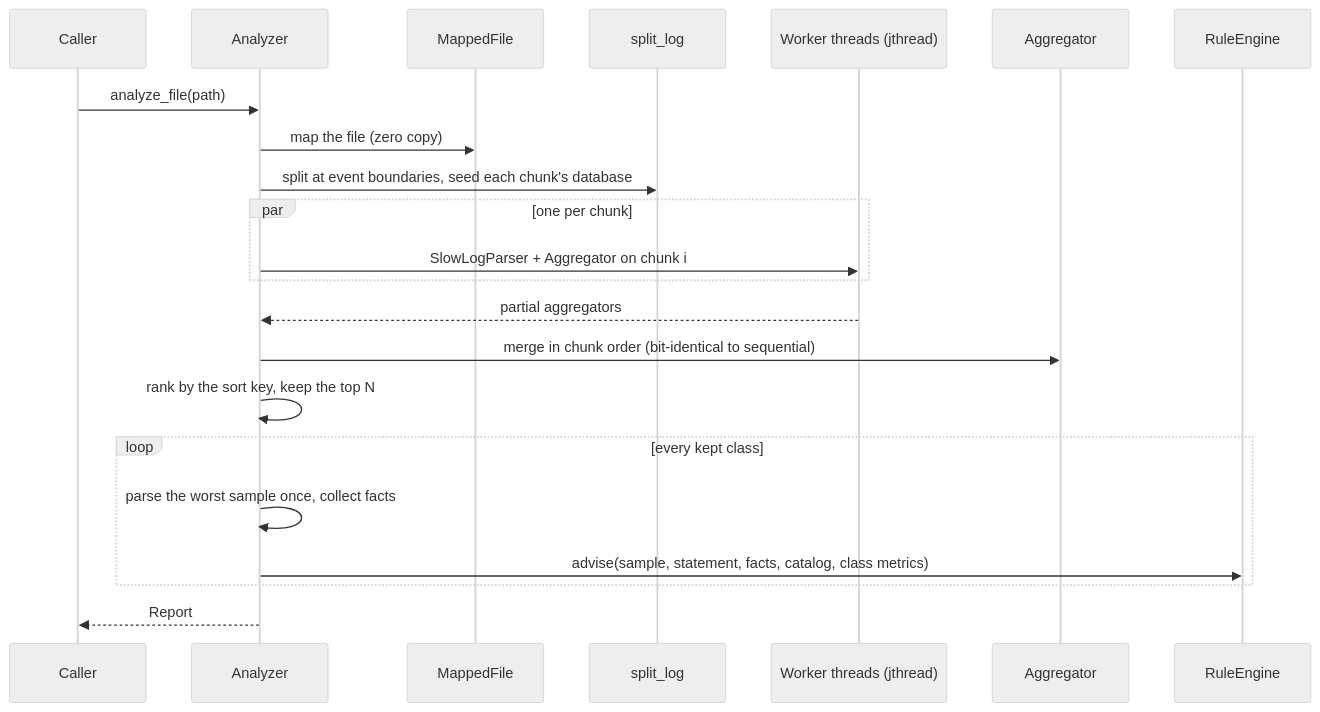
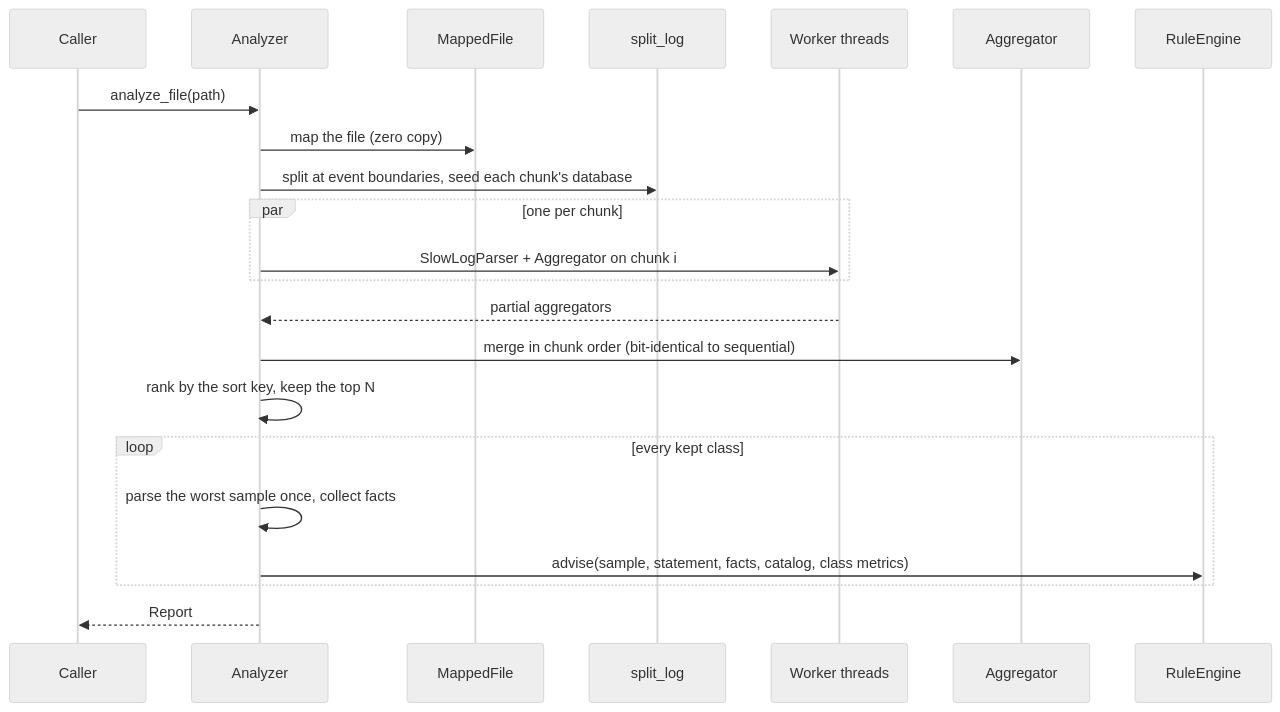
The diagram in core/src/analysis/README.md (WaynerMoraes12/snailtrail), drawn with Mermaid (neutral theme) before and after one commit. The commit also changed other lines of this file and 5 other files, not shown here.

````diff
--- a/core/src/analysis/README.md
+++ b/core/src/analysis/README.md
@@ -17,24 +17,24 @@
 ```mermaid
 sequenceDiagram
     participant C as Caller
     participant A as Analyzer
     participant M as MappedFile
     participant K as split_log
-    participant W as Worker threads (jthread)
+    participant W as Worker threads
     participant G as Aggregator
     participant R as RuleEngine
     C->>A: analyze_file(path)
     A->>M: map the file (zero copy)
     A->>K: split at event boundaries, seed each chunk's database
     par one per chunk
         A->>W: SlowLogParser + Aggregator on chunk i
     end
     W-->>A: partial aggregators
     A->>G: merge in chunk order (bit-identical to sequential)
     A->>A: rank by the sort key, keep the top N
     loop every kept class
         A->>A: parse the worst sample once, collect facts
         A->>R: advise(sample, statement, facts, catalog, class metrics)
     end
     A-->>C: Report
 ```
````
